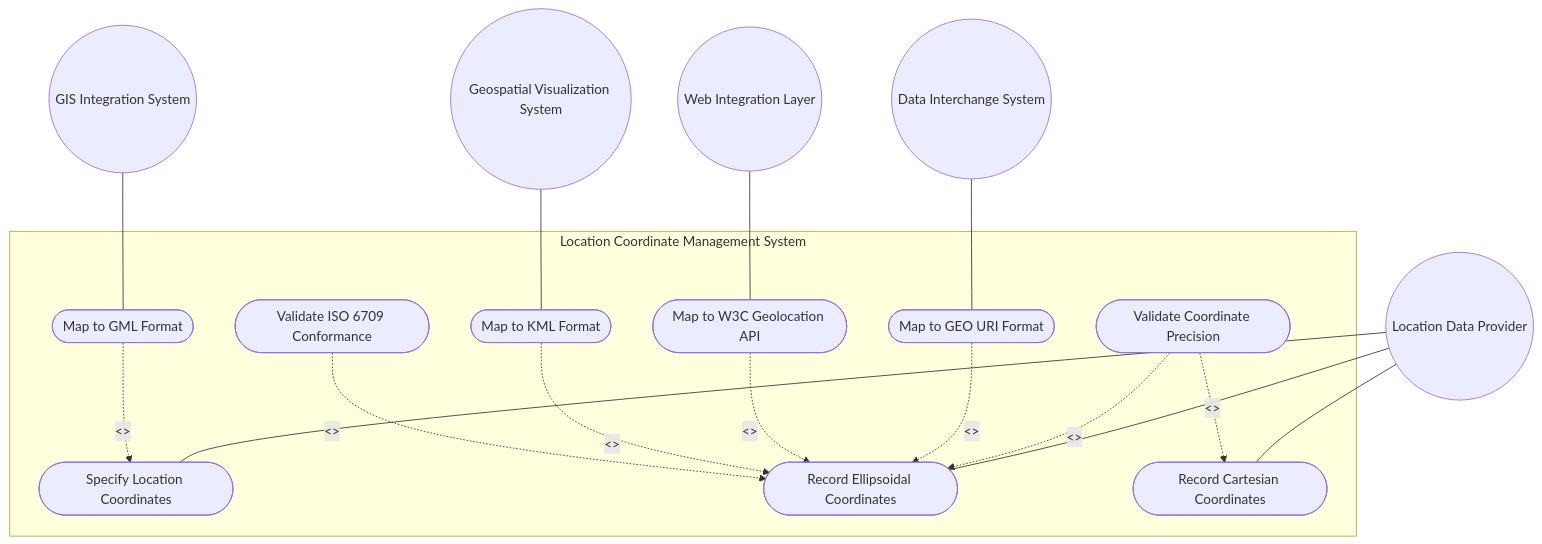
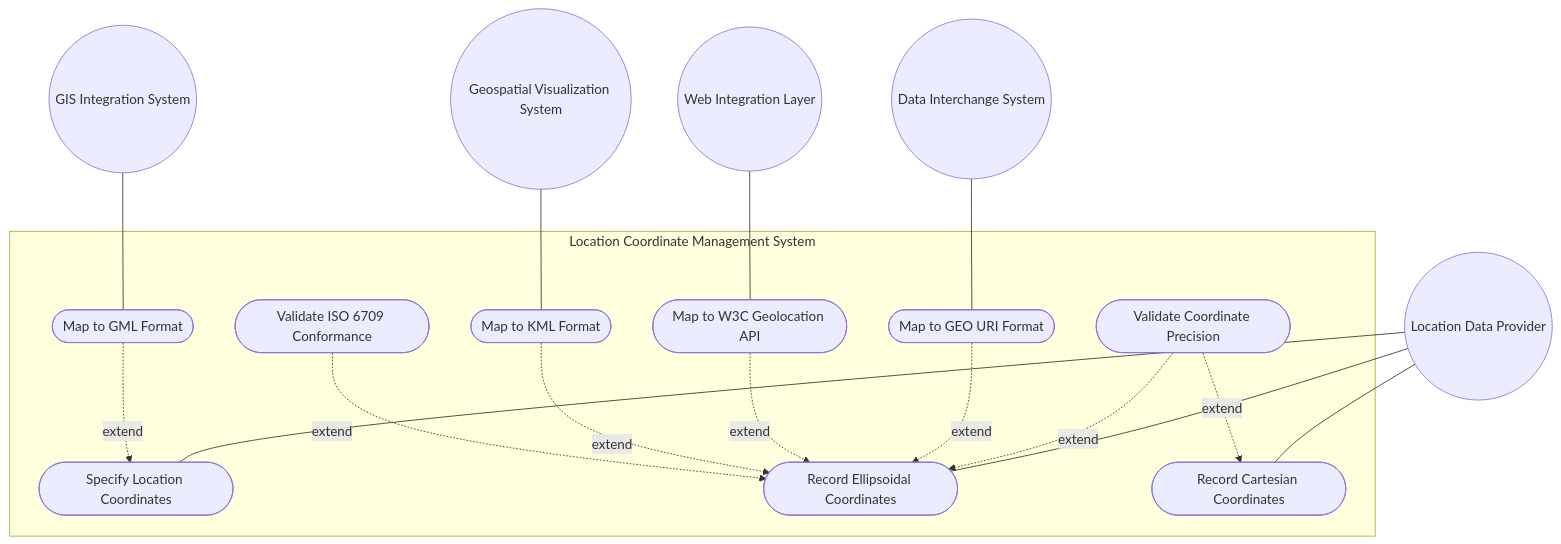
One commit to gintatkinson/3dgs-030 changed the first of 2 diagrams in docs/use-cases/uc-09-location-coordinate-specification.md. Above: the diagram before and after it, drawn with Mermaid. The commit also changed 17 other files, not shown here.

Commit message:
docs: fix Mermaid UML rendering in all 18 use cases -- remove <<include>>/<<extend>> angle brackets causing GitHub renderer failure

````diff
--- a/docs/use-cases/uc-09-location-coordinate-specification.md
+++ b/docs/use-cases/uc-09-location-coordinate-specification.md
@@ -118,28 +118,28 @@
 ```mermaid
 graph TD
     subgraph System["Location Coordinate Management System"]
         UC01([Specify Location Coordinates])
         UC02([Record Ellipsoidal Coordinates])
         UC03([Record Cartesian Coordinates])
         UC04([Validate Coordinate Precision])
         UC05([Map to GEO URI Format])
         UC06([Map to W3C Geolocation API])
         UC07([Map to GML Format])
         UC08([Map to KML Format])
         UC09([Validate ISO 6709 Conformance])
     end
     Provider((Location Data Provider)) --- UC01
     Provider --- UC02
     Provider --- UC03
-    UC04 -. "<<extend>>" .-> UC02
-    UC04 -. "<<extend>>" .-> UC03
-    UC05 -. "<<extend>>" .-> UC02
-    UC06 -. "<<extend>>" .-> UC02
-    UC07 -. "<<extend>>" .-> UC01
-    UC08 -. "<<extend>>" .-> UC02
-    UC09 -. "<<extend>>" .-> UC02
+    UC04 -. "extend" .-> UC02
+    UC04 -. "extend" .-> UC03
+    UC05 -. "extend" .-> UC02
+    UC06 -. "extend" .-> UC02
+    UC07 -. "extend" .-> UC01
+    UC08 -. "extend" .-> UC02
+    UC09 -. "extend" .-> UC02
     Interchange((Data Interchange System)) --- UC05
     WebLayer((Web Integration Layer)) --- UC06
     GIS((GIS Integration System)) --- UC07
     Viz((Geospatial Visualization System)) --- UC08
 ```
````
